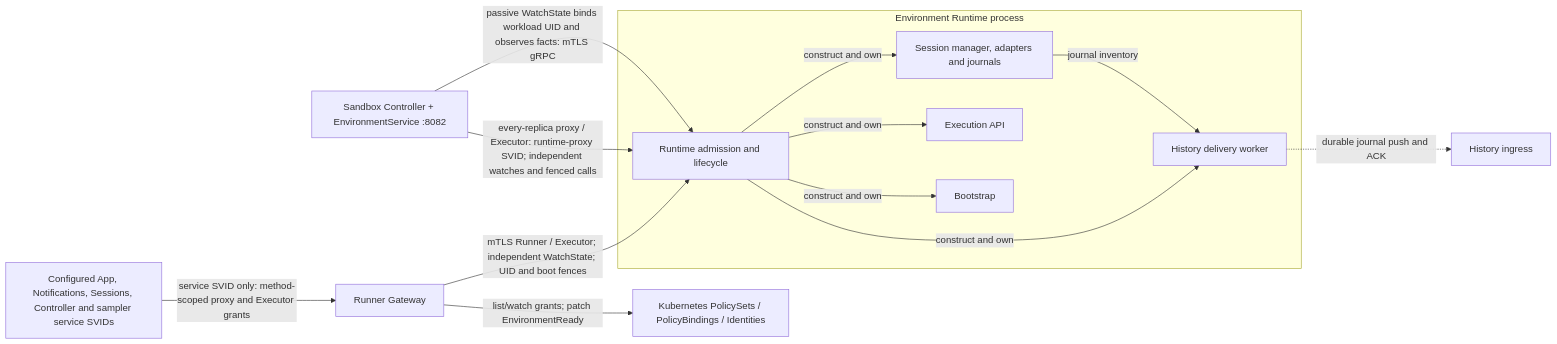
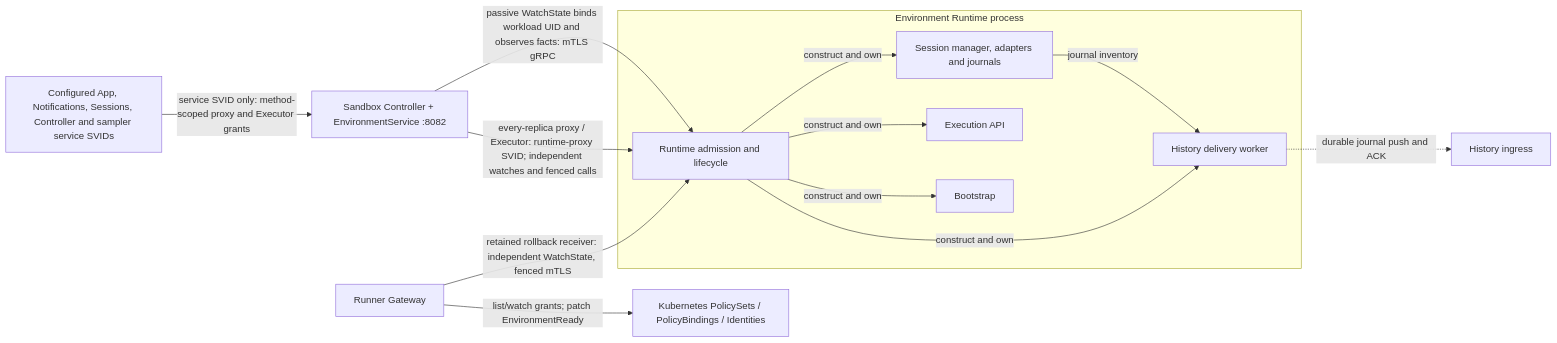
The seventh of 18 diagrams in agentplane/docs/system_overview.md (agentydragon/ducktape), drawn with Mermaid before and after one commit. The commit also changed other lines of this file and 1 other file, not shown here.

Commit message:
Align focused control diagrams with the caller cutover

````diff
--- a/agentplane/docs/system_overview.md
+++ b/agentplane/docs/system_overview.md
@@ -493,22 +493,22 @@
 ```mermaid
 flowchart LR
     gateway[Runner Gateway]
     services[Configured App, Notifications, Sessions, Controller and sampler service SVIDs]
-    services -->|service SVID only: method-scoped proxy and Executor grants| gateway
+    services -->|service SVID only: method-scoped proxy and Executor grants| sandboxctl
     subgraph environment_runtime[Environment Runtime process]
       runtime[Runtime admission and lifecycle]
       sessions[Session manager, adapters and journals]
       execution[Execution API]
       bootstrap[Bootstrap]
       delivery[History delivery worker]
       runtime -->|construct and own| sessions & execution & bootstrap & delivery
       sessions -->|journal inventory| delivery
     end
     history[History ingress]
-    gateway -->|mTLS Runner / Executor; independent WatchState; UID and boot fences| runtime
+    gateway -->|retained rollback receiver: independent WatchState, fenced mTLS| runtime
     sandboxctl -->|every-replica proxy / Executor: runtime-proxy SVID; independent watches and fenced calls| runtime
     policy_api[Kubernetes PolicySets / PolicyBindings / Identities]
     gateway -->|list/watch grants; patch EnvironmentReady| policy_api
     sandboxctl[Sandbox Controller + EnvironmentService :8082] -->|passive WatchState binds workload UID and observes facts: mTLS gRPC| runtime
     delivery -.->|durable journal push and ACK| history
 ```
````
